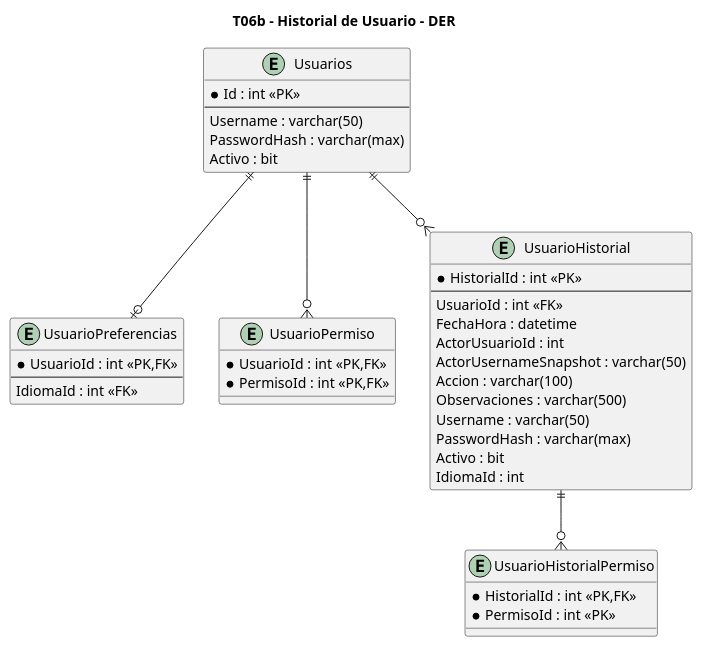
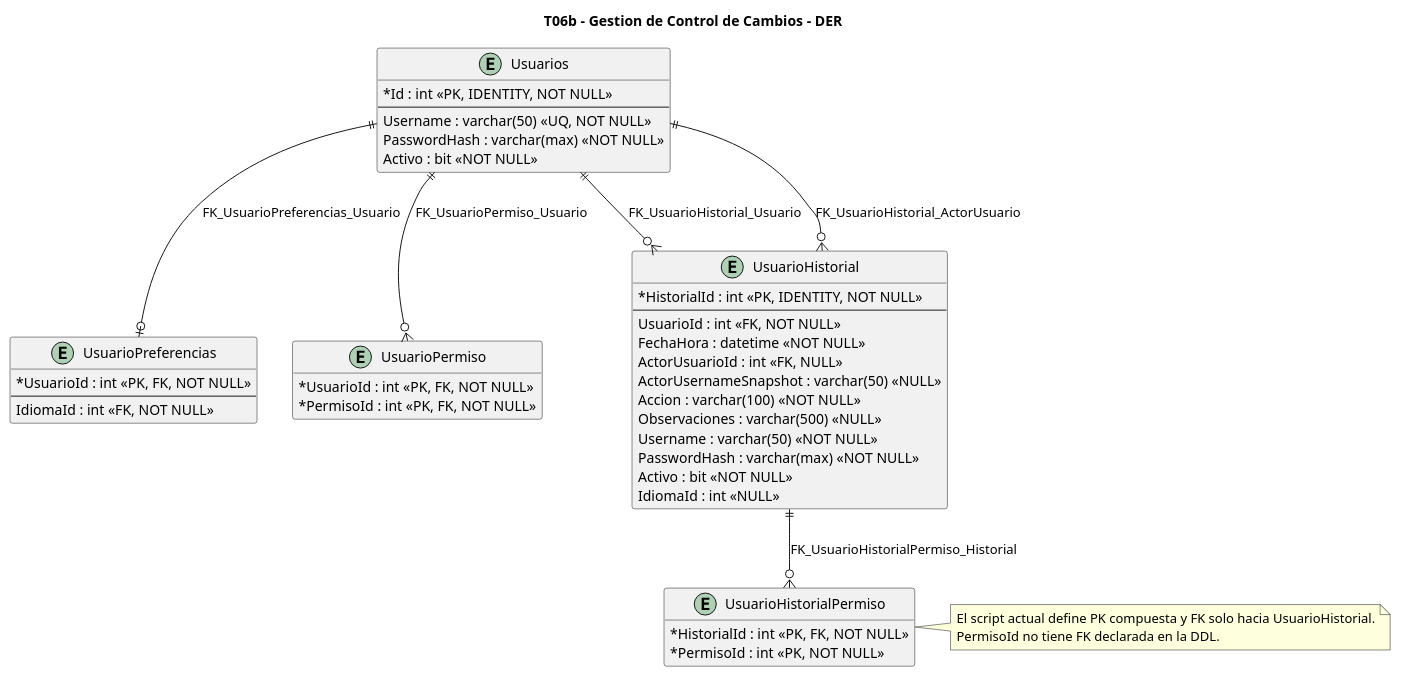
One commit to aggutierrez98/TP-TD changed the diagram in diagramas/T06b-control-cambios/T06b-control-cambios-datos.puml. Above: the diagram before and after it, drawn with PlantUML. The commit also changed 48 other files, not shown here.

Commit message:
Añadir diagramas y cambiar nombre de carpeta

```diff
--- a/diagramas/T06b-control-cambios/T06b-control-cambios-datos.puml
+++ b/diagramas/T06b-control-cambios/T06b-control-cambios-datos.puml
@@ -1,47 +1,58 @@
 @startuml
-title T06b - Historial de Usuario - DER
+title T06b - Gestion de Control de Cambios - DER
+
+hide methods
+hide stereotypes
+skinparam classAttributeIconSize 0
 
 entity "Usuarios" as Usuarios {
-  *Id : int <<PK>>
+  *Id : int <<PK, IDENTITY, NOT NULL>>
   --
-  Username : varchar(50)
-  PasswordHash : varchar(max)
-  Activo : bit
+  Username : varchar(50) <<UQ, NOT NULL>>
+  PasswordHash : varchar(max) <<NOT NULL>>
+  Activo : bit <<NOT NULL>>
 }
 
 entity "UsuarioPreferencias" as UsuarioPreferencias {
-  *UsuarioId : int <<PK,FK>>
+  *UsuarioId : int <<PK, FK, NOT NULL>>
   --
-  IdiomaId : int <<FK>>
+  IdiomaId : int <<FK, NOT NULL>>
 }
 
 entity "UsuarioPermiso" as UsuarioPermiso {
-  *UsuarioId : int <<PK,FK>>
-  *PermisoId : int <<PK,FK>>
+  *UsuarioId : int <<PK, FK, NOT NULL>>
+  *PermisoId : int <<PK, FK, NOT NULL>>
 }
 
 entity "UsuarioHistorial" as UsuarioHistorial {
-  *HistorialId : int <<PK>>
+  *HistorialId : int <<PK, IDENTITY, NOT NULL>>
   --
-  UsuarioId : int <<FK>>
-  FechaHora : datetime
-  ActorUsuarioId : int
-  ActorUsernameSnapshot : varchar(50)
-  Accion : varchar(100)
-  Observaciones : varchar(500)
-  Username : varchar(50)
-  PasswordHash : varchar(max)
-  Activo : bit
-  IdiomaId : int
+  UsuarioId : int <<FK, NOT NULL>>
+  FechaHora : datetime <<NOT NULL>>
+  ActorUsuarioId : int <<FK, NULL>>
+  ActorUsernameSnapshot : varchar(50) <<NULL>>
+  Accion : varchar(100) <<NOT NULL>>
+  Observaciones : varchar(500) <<NULL>>
+  Username : varchar(50) <<NOT NULL>>
+  PasswordHash : varchar(max) <<NOT NULL>>
+  Activo : bit <<NOT NULL>>
+  IdiomaId : int <<NULL>>
 }
 
 entity "UsuarioHistorialPermiso" as UsuarioHistorialPermiso {
-  *HistorialId : int <<PK,FK>>
-  *PermisoId : int <<PK>>
+  *HistorialId : int <<PK, FK, NOT NULL>>
+  *PermisoId : int <<PK, NOT NULL>>
 }
 
-Usuarios ||--o{ UsuarioHistorial
-UsuarioHistorial ||--o{ UsuarioHistorialPermiso
-Usuarios ||--o| UsuarioPreferencias
-Usuarios ||--o{ UsuarioPermiso
+Usuarios ||--o{ UsuarioHistorial : FK_UsuarioHistorial_Usuario
+Usuarios ||--o{ UsuarioHistorial : FK_UsuarioHistorial_ActorUsuario
+UsuarioHistorial ||--o{ UsuarioHistorialPermiso : FK_UsuarioHistorialPermiso_Historial
+Usuarios ||--o| UsuarioPreferencias : FK_UsuarioPreferencias_Usuario
+Usuarios ||--o{ UsuarioPermiso : FK_UsuarioPermiso_Usuario
+
+note right of UsuarioHistorialPermiso
+  El script actual define PK compuesta y FK solo hacia UsuarioHistorial.
+  PermisoId no tiene FK declarada en la DDL.
+end note
+
 @enduml
```
